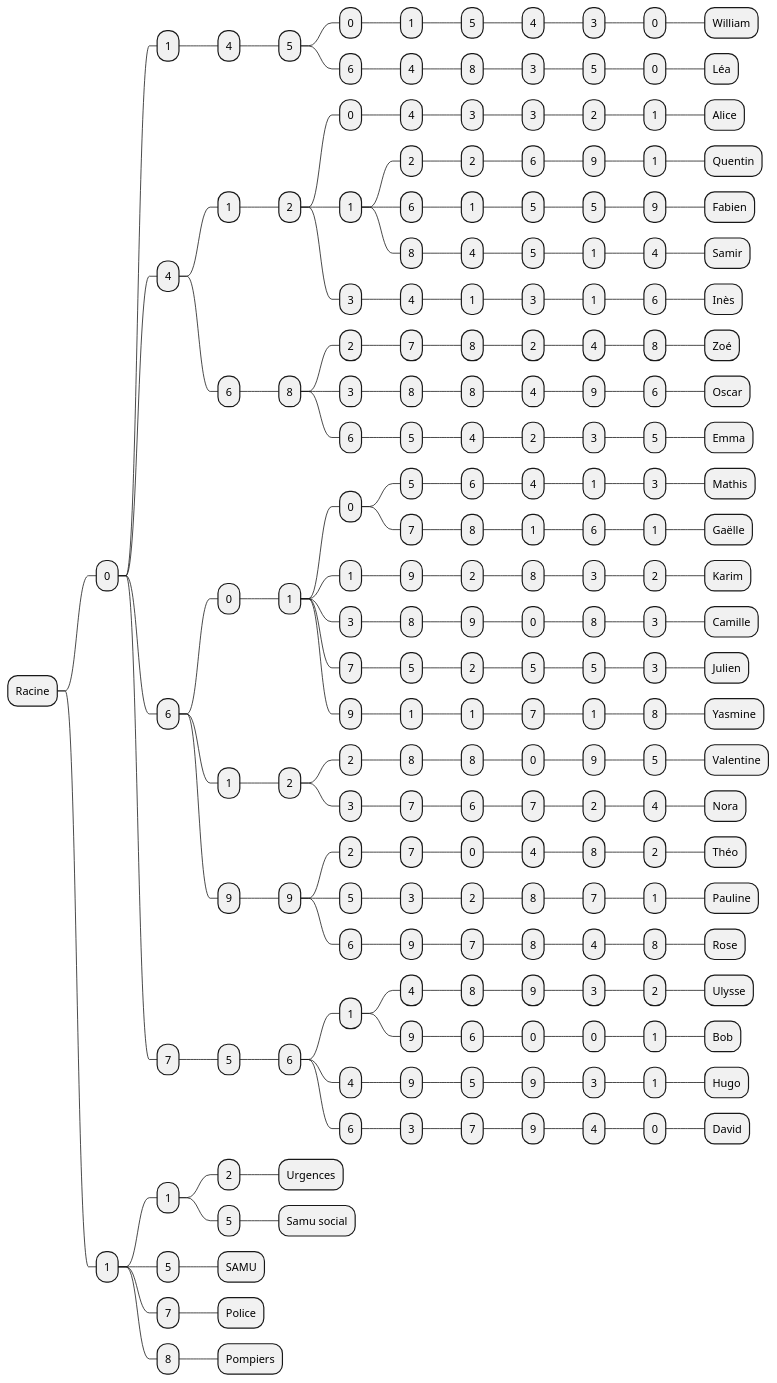
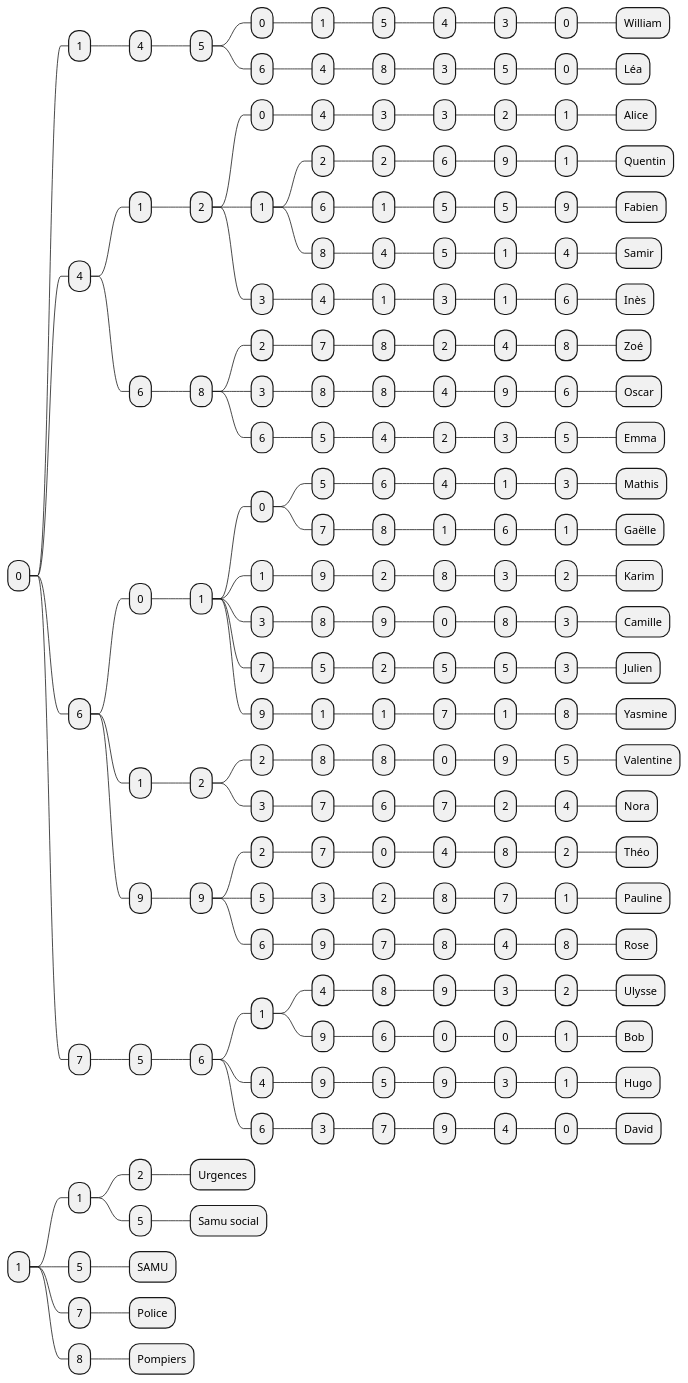
The diagram in graph/annuaire.puml (akkyaane/gestionnaire_numeros_telephone), drawn with PlantUML before and after one commit. The commit also changed 1 other file, not shown here.

Commit message:
refactor: remove Racine and separate branches

```diff
--- a/graph/annuaire.puml
+++ b/graph/annuaire.puml
@@ -1,205 +1,204 @@
 @startmindmap
-* Racine
-** 0
+* 0
+** 1
+*** 4
+**** 5
+***** 0
+****** 1
+******* 5
+******** 4
+********* 3
+********** 0
+*********** William
+***** 6
+****** 4
+******* 8
+******** 3
+********* 5
+********** 0
+*********** Léa
+** 4
 *** 1
-**** 4
-***** 5
-****** 0
+**** 2
+***** 0
+****** 4
+******* 3
+******** 3
+********* 2
+********** 1
+*********** Alice
+***** 1
+****** 2
+******* 2
+******** 6
+********* 9
+********** 1
+*********** Quentin
+****** 6
 ******* 1
 ******** 5
+********* 5
+********** 9
+*********** Fabien
+****** 8
+******* 4
+******** 5
+********* 1
+********** 4
+*********** Samir
+***** 3
+****** 4
+******* 1
+******** 3
+********* 1
+********** 6
+*********** Inès
+*** 6
+**** 8
+***** 2
+****** 7
+******* 8
+******** 2
 ********* 4
+********** 8
+*********** Zoé
+***** 3
+****** 8
+******* 8
+******** 4
+********* 9
+********** 6
+*********** Oscar
+***** 6
+****** 5
+******* 4
+******** 2
+********* 3
+********** 5
+*********** Emma
+** 6
+*** 0
+**** 1
+***** 0
+****** 5
+******* 6
+******** 4
+********* 1
 ********** 3
-*********** 0
-************ William
-****** 6
-******* 4
+*********** Mathis
+****** 7
+******* 8
+******** 1
+********* 6
+********** 1
+*********** Gaëlle
+***** 1
+****** 9
+******* 2
 ******** 8
 ********* 3
+********** 2
+*********** Karim
+***** 3
+****** 8
+******* 9
+******** 0
+********* 8
+********** 3
+*********** Camille
+***** 7
+****** 5
+******* 2
+******** 5
+********* 5
+********** 3
+*********** Julien
+***** 9
+****** 1
+******* 1
+******** 7
+********* 1
+********** 8
+*********** Yasmine
+*** 1
+**** 2
+***** 2
+****** 8
+******* 8
+******** 0
+********* 9
 ********** 5
-*********** 0
-************ Léa
-*** 4
-**** 1
+*********** Valentine
+***** 3
+****** 7
+******* 6
+******** 7
+********* 2
+********** 4
+*********** Nora
+*** 9
+**** 9
 ***** 2
-****** 0
-******* 4
-******** 3
+****** 7
+******* 0
+******** 4
+********* 8
+********** 2
+*********** Théo
+***** 5
+****** 3
+******* 2
+******** 8
+********* 7
+********** 1
+*********** Pauline
+***** 6
+****** 9
+******* 7
+******** 8
+********* 4
+********** 8
+*********** Rose
+** 7
+*** 5
+**** 6
+***** 1
+****** 4
+******* 8
+******** 9
 ********* 3
 ********** 2
-*********** 1
-************ Alice
-****** 1
-******* 2
-******** 2
-********* 6
-********** 9
-*********** 1
-************ Quentin
+*********** Ulysse
+****** 9
 ******* 6
-******** 1
-********* 5
-********** 5
-*********** 9
-************ Fabien
-******* 8
-******** 4
-********* 5
+******** 0
+********* 0
 ********** 1
-*********** 4
-************ Samir
-****** 3
-******* 4
-******** 1
+*********** Bob
+***** 4
+****** 9
+******* 5
+******** 9
 ********* 3
 ********** 1
-*********** 6
-************ Inès
-**** 6
-***** 8
-****** 2
-******* 7
-******** 8
-********* 2
-********** 4
-*********** 8
-************ Zoé
-****** 3
-******* 8
-******** 8
-********* 4
-********** 9
-*********** 6
-************ Oscar
-****** 6
-******* 5
-******** 4
-********* 2
-********** 3
-*********** 5
-************ Emma
-*** 6
-**** 0
-***** 1
-****** 0
-******* 5
-******** 6
-********* 4
-********** 1
-*********** 3
-************ Mathis
-******* 7
-******** 8
-********* 1
-********** 6
-*********** 1
-************ Gaëlle
-****** 1
-******* 9
-******** 2
-********* 8
-********** 3
-*********** 2
-************ Karim
-****** 3
-******* 8
-******** 9
-********* 0
-********** 8
-*********** 3
-************ Camille
-****** 7
-******* 5
-******** 2
-********* 5
-********** 5
-*********** 3
-************ Julien
-****** 9
-******* 1
-******** 1
-********* 7
-********** 1
-*********** 8
-************ Yasmine
-**** 1
-***** 2
-****** 2
-******* 8
-******** 8
-********* 0
-********** 9
-*********** 5
-************ Valentine
+*********** Hugo
+***** 6
 ****** 3
 ******* 7
-******** 6
-********* 7
-********** 2
-*********** 4
-************ Nora
-**** 9
-***** 9
-****** 2
-******* 7
-******** 0
+******** 9
 ********* 4
-********** 8
-*********** 2
-************ Théo
-****** 5
-******* 3
-******** 2
-********* 8
-********** 7
-*********** 1
-************ Pauline
-****** 6
-******* 9
-******** 7
-********* 8
-********** 4
-*********** 8
-************ Rose
-*** 7
-**** 5
-***** 6
-****** 1
-******* 4
-******** 8
-********* 9
-********** 3
-*********** 2
-************ Ulysse
-******* 9
-******** 6
-********* 0
 ********** 0
-*********** 1
-************ Bob
-****** 4
-******* 9
-******** 5
-********* 9
-********** 3
-*********** 1
-************ Hugo
-****** 6
-******* 3
-******** 7
-********* 9
-********** 4
-*********** 0
-************ David
+*********** David
+* 1
 ** 1
-*** 1
-**** 2
-***** Urgences
-**** 5
-***** Samu social
+*** 2
+**** Urgences
 *** 5
-**** SAMU
-*** 7
-**** Police
-*** 8
-**** Pompiers
+**** Samu social
+** 5
+*** SAMU
+** 7
+*** Police
+** 8
+*** Pompiers
 @endmindmap
```
